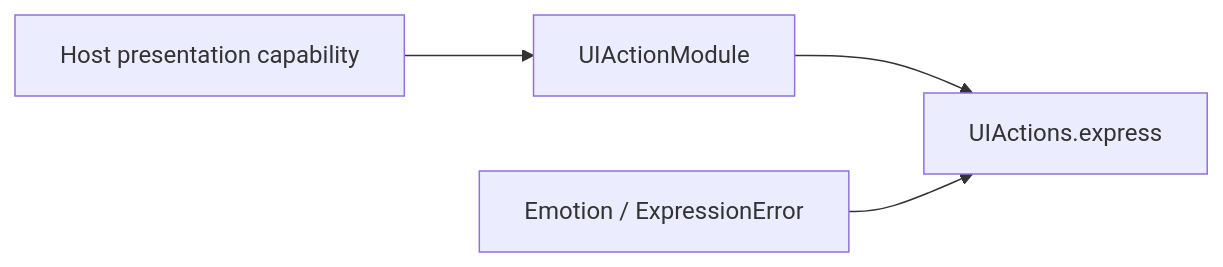
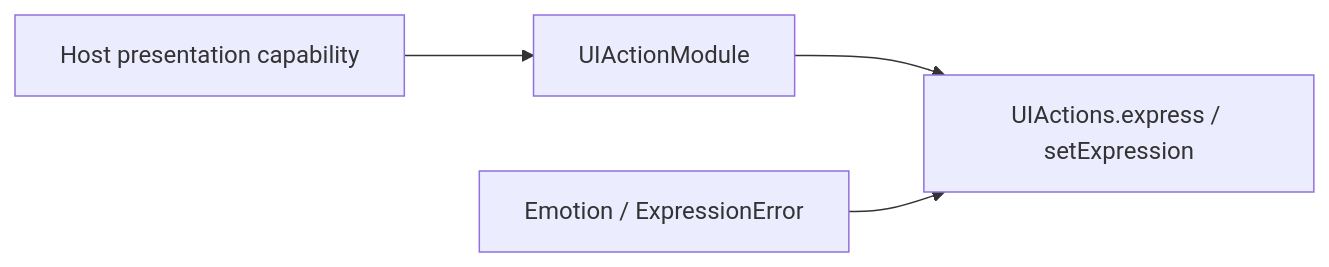
The diagram in MobileHarness/Actions/UI/Support/README.md (devilyouwei/MobileHarness), drawn with Mermaid before and after one commit. The commit also changed other lines of this file and 33 other files, not shown here.

````diff
--- a/MobileHarness/Actions/UI/Support/README.md
+++ b/MobileHarness/Actions/UI/Support/README.md
@@ -7,6 +7,6 @@
 ```mermaid
 flowchart LR
     Capability[Host presentation capability] --> Module[UIActionModule]
-    Module --> Entry[UIActions.express]
+    Module --> Entry[UIActions.express / setExpression]
     Types[Emotion / ExpressionError] --> Entry
 ```
````
